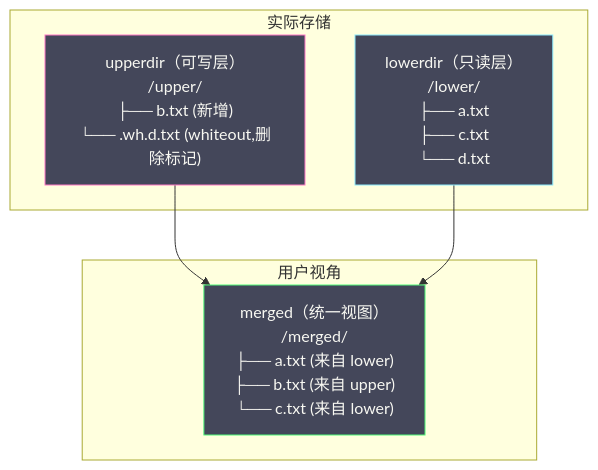
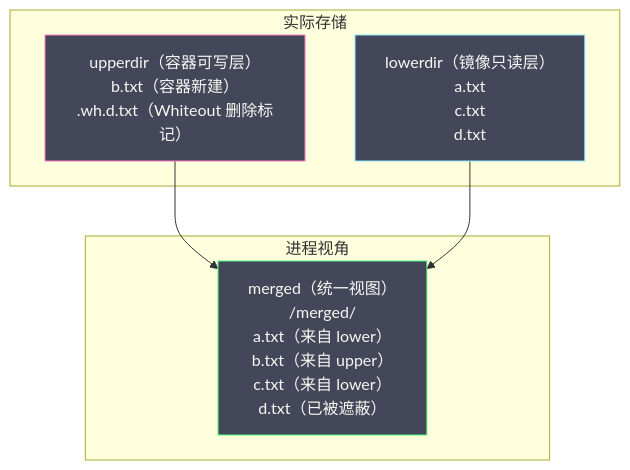
Before and after one commit to hpliStartAgain/my-brain: the first of 3 diagrams in content/云原生/Docker/04 UnionFS 与容器镜像原理.md, drawn with Mermaid. The commit also changed other lines of this file and 47 other files, not shown here.

````diff
--- a/content/云原生/Docker/04 UnionFS 与容器镜像原理.md
+++ b/content/云原生/Docker/04 UnionFS 与容器镜像原理.md
@@ -76,23 +80,23 @@
 ```mermaid
 %%{init: {'theme': 'dracula'}}%%
 graph TD
-    subgraph "用户视角"
-        MERGED["merged（统一视图）</br>/merged/</br>├── a.txt (来自 lower)</br>├── b.txt (来自 upper)</br>└── c.txt (来自 lower)"]
+    subgraph "进程视角"
+        MERGED["merged（统一视图）<br>/merged/<br>a.txt（来自 lower）<br>b.txt（来自 upper）<br>c.txt（来自 lower）<br>d.txt（已被遮蔽）"]
     end
 
     subgraph "实际存储"
-        UPPER["upperdir（可写层）</br>/upper/</br>├── b.txt (新增)</br>└── .wh.d.txt (whiteout,删除标记)"]
-        LOWER["lowerdir（只读层）</br>/lower/</br>├── a.txt</br>├── c.txt</br>└── d.txt"]
+        UPPER["upperdir（容器可写层）<br>b.txt（容器新建）<br>.wh.d.txt（Whiteout 删除标记）"]
+        LOWER["lowerdir（镜像只读层）<br>a.txt<br>c.txt<br>d.txt"]
     end
 
     UPPER --> MERGED
     LOWER --> MERGED
 
     classDef merged fill:#44475a,stroke:#50fa7b,color:#f8f8f2
     classDef upper fill:#44475a,stroke:#ff79c6,color:#f8f8f2
     classDef lower fill:#44475a,stroke:#8be9fd,color:#f8f8f2
 
     class MERGED merged
     class UPPER upper
     class LOWER lower
 ```
````
